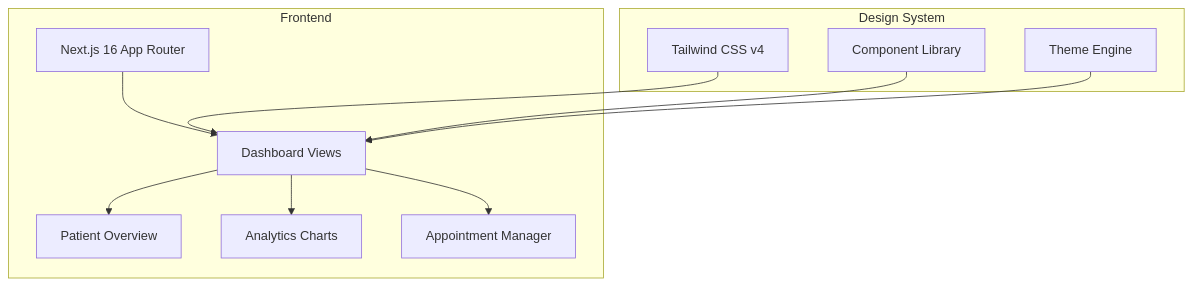
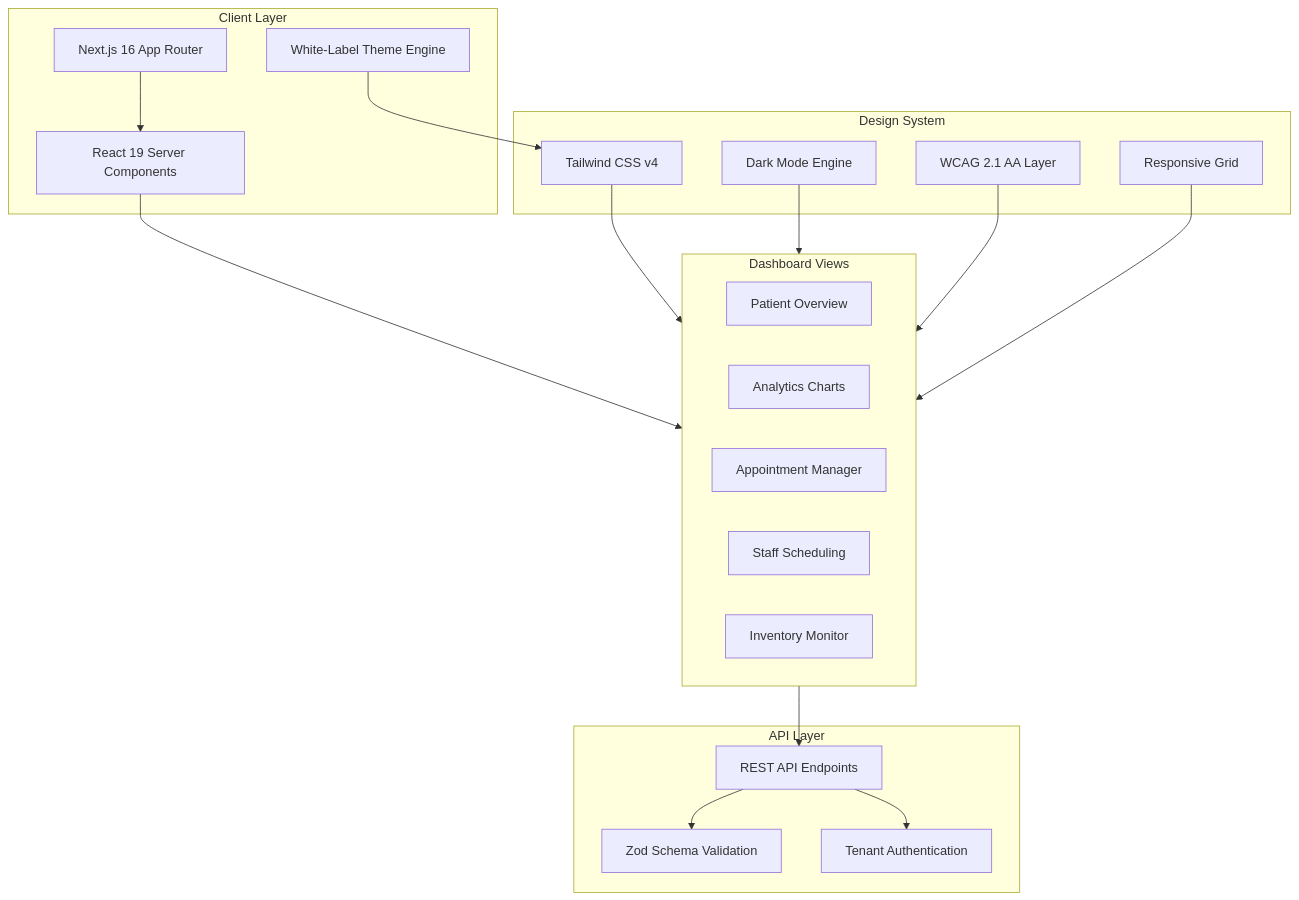
Before and after one commit to lydianai/medical.ailydian.com: the diagram in README.md, drawn with Mermaid. The commit also changed other lines of this file, not shown here.

````diff
--- a/README.md
+++ b/README.md
@@ -63,14 +150,40 @@
 ```mermaid
-graph TD
-    subgraph "Frontend"
-        A[Next.js 16 App Router] --> B[Dashboard Views]
-        B --> C[Patient Overview]
-        B --> D[Analytics Charts]
-        B --> E[Appointment Manager]
+graph TB
+    subgraph Client["Client Layer"]
+        WEB[Next.js 16 App Router]
+        RSC[React 19 Server Components]
+        THEME[White-Label Theme Engine]
     end
-    subgraph "Design System"
-        F[Tailwind CSS v4] --> B
-        G[Component Library] --> B
-        H[Theme Engine] --> B
+
+    subgraph Views["Dashboard Views"]
+        PATIENTS[Patient Overview]
+        ANALYTICS[Analytics Charts]
+        APPTS[Appointment Manager]
+        STAFF[Staff Scheduling]
+        SUPPLY[Inventory Monitor]
     end
+
+    subgraph Design["Design System"]
+        TW[Tailwind CSS v4]
+        DARK[Dark Mode Engine]
+        A11Y[WCAG 2.1 AA Layer]
+        RESPONSIVE[Responsive Grid]
+    end
+
+    subgraph API["API Layer"]
+        REST[REST API Endpoints]
+        ZOD[Zod Schema Validation]
+        AUTH[Tenant Authentication]
+    end
+
+    WEB --> RSC
+    RSC --> Views
+    THEME --> TW
+    TW --> Views
+    DARK --> Views
+    A11Y --> Views
+    RESPONSIVE --> Views
+    Views --> REST
+    REST --> ZOD
+    REST --> AUTH
 ```
````
